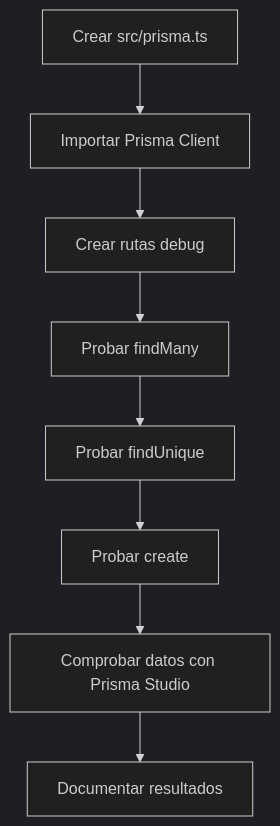
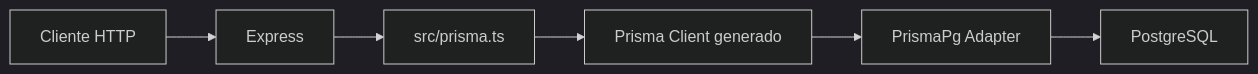
Before and after one commit to jordicido/reto35diasAPI: the second of 2 diagrams in docs/dia25.md, drawn with Mermaid (dark theme). The commit also changed other lines of this file and 1 other file, not shown here.

````diff
--- a/docs/dia25.md
+++ b/docs/dia25.md
@@ -268,10 +1282,8 @@
 ```mermaid
-flowchart TD
-    A[Crear src/prisma.ts] --> B[Importar Prisma Client]
-    B --> C[Crear rutas debug]
-    C --> D[Probar findMany]
-    D --> E[Probar findUnique]
-    E --> F[Probar create]
-    F --> G[Comprobar datos con Prisma Studio]
-    G --> H[Documentar resultados]
+flowchart LR
+    A[Cliente HTTP] --> B[Express]
+    B --> C[src/prisma.ts]
+    C --> D[Prisma Client generado]
+    D --> E[PrismaPg Adapter]
+    E --> F[PostgreSQL]
 ```
````
